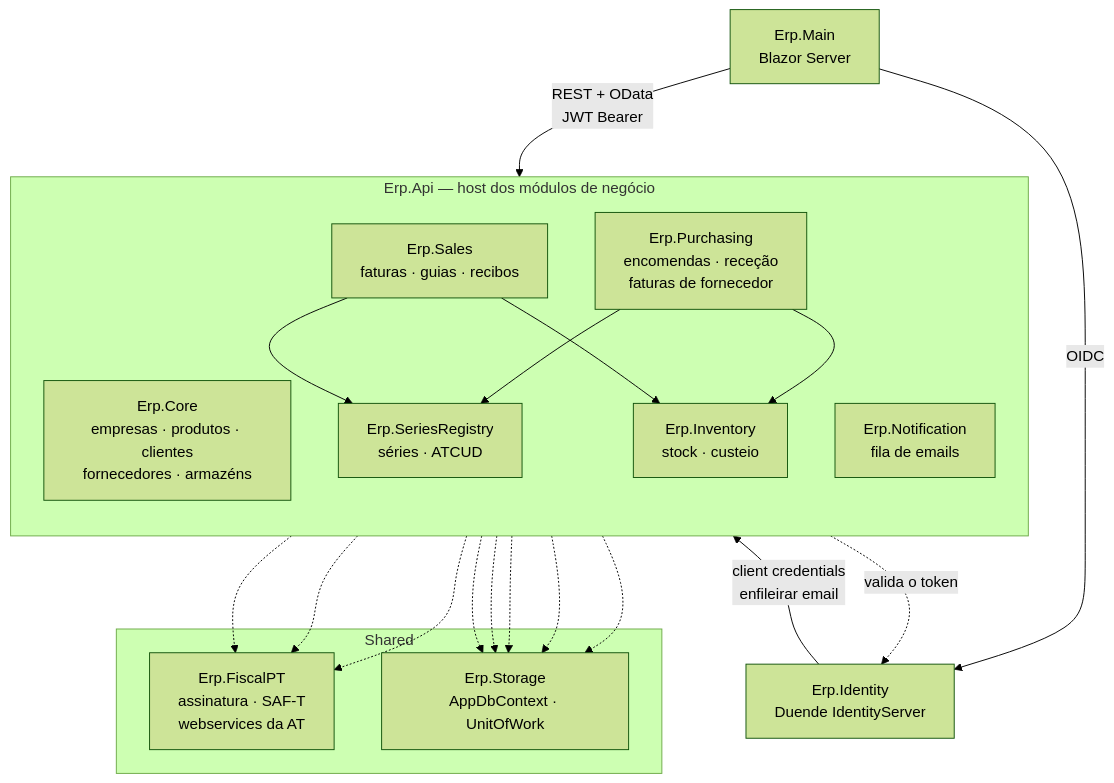
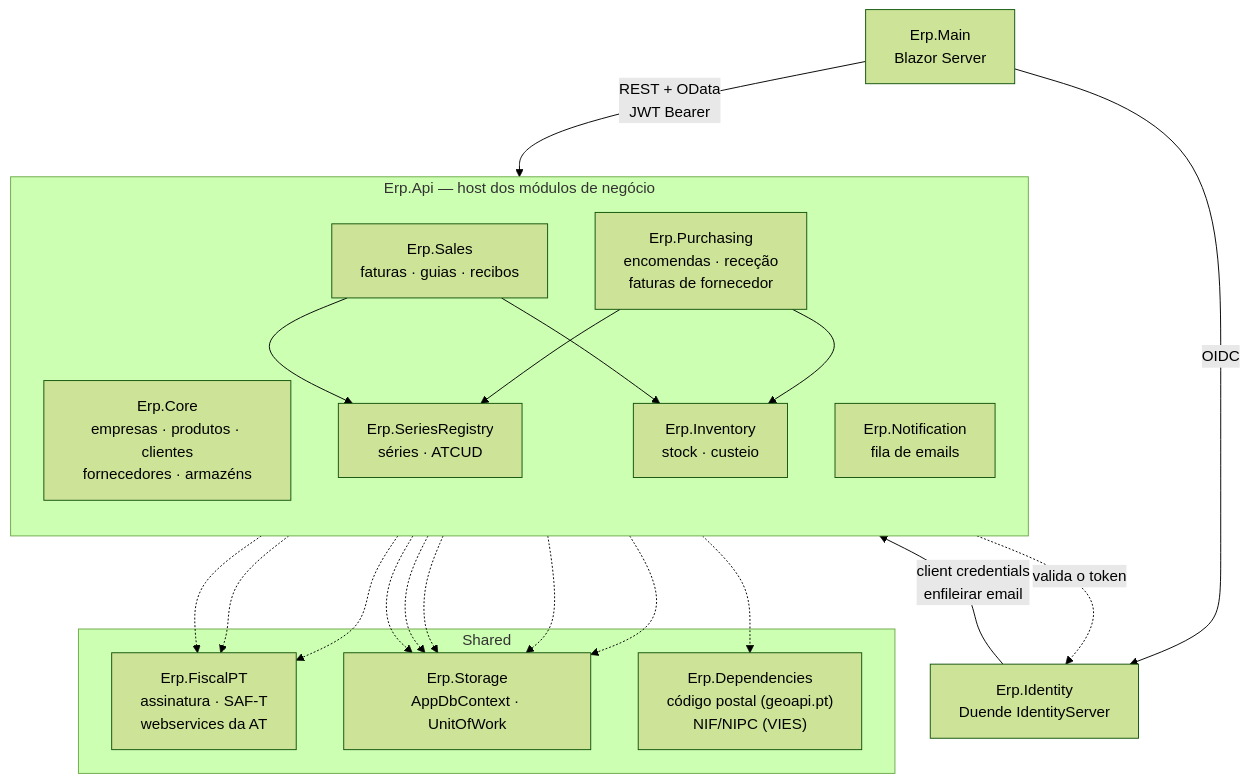
One commit to luismagalhaes/erp changed the first of 2 diagrams in README.md. Above: the diagram before and after it, drawn with Mermaid (forest theme). The commit also changed other lines of this file and 303 other files, not shown here.

````diff
--- a/README.md
+++ b/README.md
@@ -77,38 +77,40 @@
 ```mermaid
 graph TB
     subgraph API["Erp.Api — host dos módulos de negócio"]
         direction TB
         Core["Erp.Core<br/>empresas · produtos · clientes<br/>fornecedores · armazéns"]
         Series["Erp.SeriesRegistry<br/>séries · ATCUD"]
         Sales["Erp.Sales<br/>faturas · guias · recibos"]
         Purchasing["Erp.Purchasing<br/>encomendas · receção<br/>faturas de fornecedor"]
         Inventory["Erp.Inventory<br/>stock · custeio"]
         Notification["Erp.Notification<br/>fila de emails"]
 
         Sales --> Series
         Sales --> Inventory
         Purchasing --> Series
         Purchasing --> Inventory
     end
 
     subgraph Shared["Shared"]
         FiscalPT["Erp.FiscalPT<br/>assinatura · SAF-T<br/>webservices da AT"]
         Storage["Erp.Storage<br/>AppDbContext · UnitOfWork"]
+        Dependencies["Erp.Dependencies<br/>código postal (geoapi.pt)<br/>NIF/NIPC (VIES)"]
     end
 
     Sales -.-> FiscalPT
     Purchasing -.-> FiscalPT
     Series -.-> FiscalPT
     Core -.-> Storage
     Sales -.-> Storage
     Purchasing -.-> Storage
     Inventory -.-> Storage
     Notification -.-> Storage
+    Core -.-> Dependencies
 
     Main["Erp.Main<br/>Blazor Server"] -->|"REST + OData<br/>JWT Bearer"| API
     Identity["Erp.Identity<br/>Duende IdentityServer"]
 
     Main -->|OIDC| Identity
     API -.->|valida o token| Identity
     Identity -->|"client credentials<br/>enfileirar email"| Notification
 ```
````
